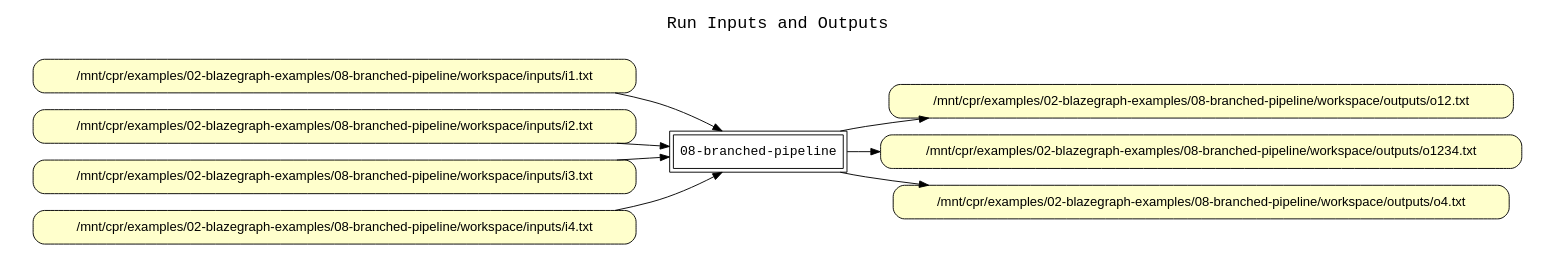
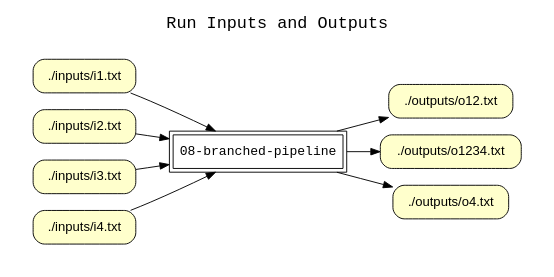
Before and after one commit to CIRSS/cpr: the diagram in examples/02-blazegraph-examples/08-branched-pipeline/run/graph-1.gv, drawn with Graphviz. The commit also changed 42 other files, not shown here.

```diff
--- a/examples/02-blazegraph-examples/08-branched-pipeline/run/graph-1.gv
+++ b/examples/02-blazegraph-examples/08-branched-pipeline/run/graph-1.gv
@@ -1,54 +1,54 @@
 
 digraph cpr_run {
 rankdir=LR
 fontname=Courier; fontsize=18; labelloc=t
 label="Run Inputs and Outputs"
 
 node[shape=box style="filled" fillcolor="#FFFFFF" peripheries=2 fontname=Courier]
 "run" [label="08-branched-pipeline"]
 
 subgraph cluster_input_files { label=""; color=white; penwidth=0
 subgraph cluster_input_files_inner { label=""; color=white
 node[shape=box style="rounded,filled" fillcolor="#FFFFCC" peripheries=1 fontname=Helvetica]
 
-"/mnt/cpr/examples/02-blazegraph-examples/08-branched-pipeline/workspace/inputs/i1.txt" [label="/mnt/cpr/examples/02-blazegraph-examples/08-branched-pipeline/workspace/inputs/i1.txt"]
+"./inputs/i1.txt" [label="./inputs/i1.txt"]
 
-"/mnt/cpr/examples/02-blazegraph-examples/08-branched-pipeline/workspace/inputs/i2.txt" [label="/mnt/cpr/examples/02-blazegraph-examples/08-branched-pipeline/workspace/inputs/i2.txt"]
+"./inputs/i2.txt" [label="./inputs/i2.txt"]
 
-"/mnt/cpr/examples/02-blazegraph-examples/08-branched-pipeline/workspace/inputs/i3.txt" [label="/mnt/cpr/examples/02-blazegraph-examples/08-branched-pipeline/workspace/inputs/i3.txt"]
+"./inputs/i3.txt" [label="./inputs/i3.txt"]
 
-"/mnt/cpr/examples/02-blazegraph-examples/08-branched-pipeline/workspace/inputs/i4.txt" [label="/mnt/cpr/examples/02-blazegraph-examples/08-branched-pipeline/workspace/inputs/i4.txt"]
+"./inputs/i4.txt" [label="./inputs/i4.txt"]
 
 }}
 
 
-"/mnt/cpr/examples/02-blazegraph-examples/08-branched-pipeline/workspace/inputs/i1.txt" -> "run"
+"./inputs/i1.txt" -> "run"
 
-"/mnt/cpr/examples/02-blazegraph-examples/08-branched-pipeline/workspace/inputs/i2.txt" -> "run"
+"./inputs/i2.txt" -> "run"
 
-"/mnt/cpr/examples/02-blazegraph-examples/08-branched-pipeline/workspace/inputs/i3.txt" -> "run"
+"./inputs/i3.txt" -> "run"
 
-"/mnt/cpr/examples/02-blazegraph-examples/08-branched-pipeline/workspace/inputs/i4.txt" -> "run"
+"./inputs/i4.txt" -> "run"
 
 
 subgraph cluster_output_files { label=""; color=white; penwidth=0
 subgraph cluster_output_files_inner { label=""; color=white
 node[shape=box style="rounded,filled" fillcolor="#FFFFCC" peripheries=1 fontname=Helvetica]
 
-"/mnt/cpr/examples/02-blazegraph-examples/08-branched-pipeline/workspace/outputs/o12.txt" [label="/mnt/cpr/examples/02-blazegraph-examples/08-branched-pipeline/workspace/outputs/o12.txt"]
+"./outputs/o12.txt" [label="./outputs/o12.txt"]
 
-"/mnt/cpr/examples/02-blazegraph-examples/08-branched-pipeline/workspace/outputs/o1234.txt" [label="/mnt/cpr/examples/02-blazegraph-examples/08-branched-pipeline/workspace/outputs/o1234.txt"]
+"./outputs/o1234.txt" [label="./outputs/o1234.txt"]
 
-"/mnt/cpr/examples/02-blazegraph-examples/08-branched-pipeline/workspace/outputs/o4.txt" [label="/mnt/cpr/examples/02-blazegraph-examples/08-branched-pipeline/workspace/outputs/o4.txt"]
+"./outputs/o4.txt" [label="./outputs/o4.txt"]
 
 }}
 
 
-"run" -> "/mnt/cpr/examples/02-blazegraph-examples/08-branched-pipeline/workspace/outputs/o12.txt"
+"run" -> "./outputs/o12.txt"
 
-"run" -> "/mnt/cpr/examples/02-blazegraph-examples/08-branched-pipeline/workspace/outputs/o1234.txt"
+"run" -> "./outputs/o1234.txt"
 
-"run" -> "/mnt/cpr/examples/02-blazegraph-examples/08-branched-pipeline/workspace/outputs/o4.txt"
+"run" -> "./outputs/o4.txt"
 
 
 }
```
